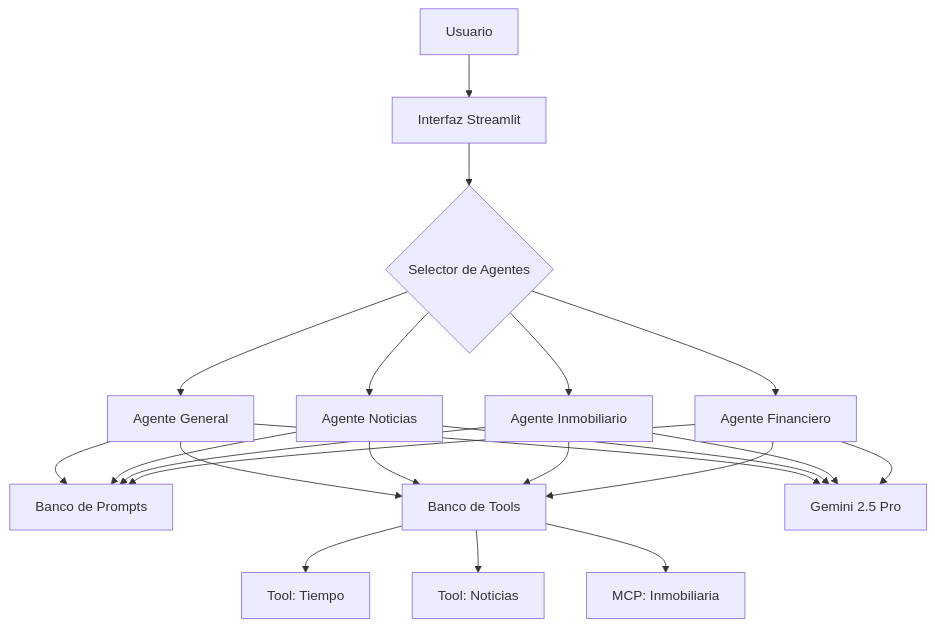
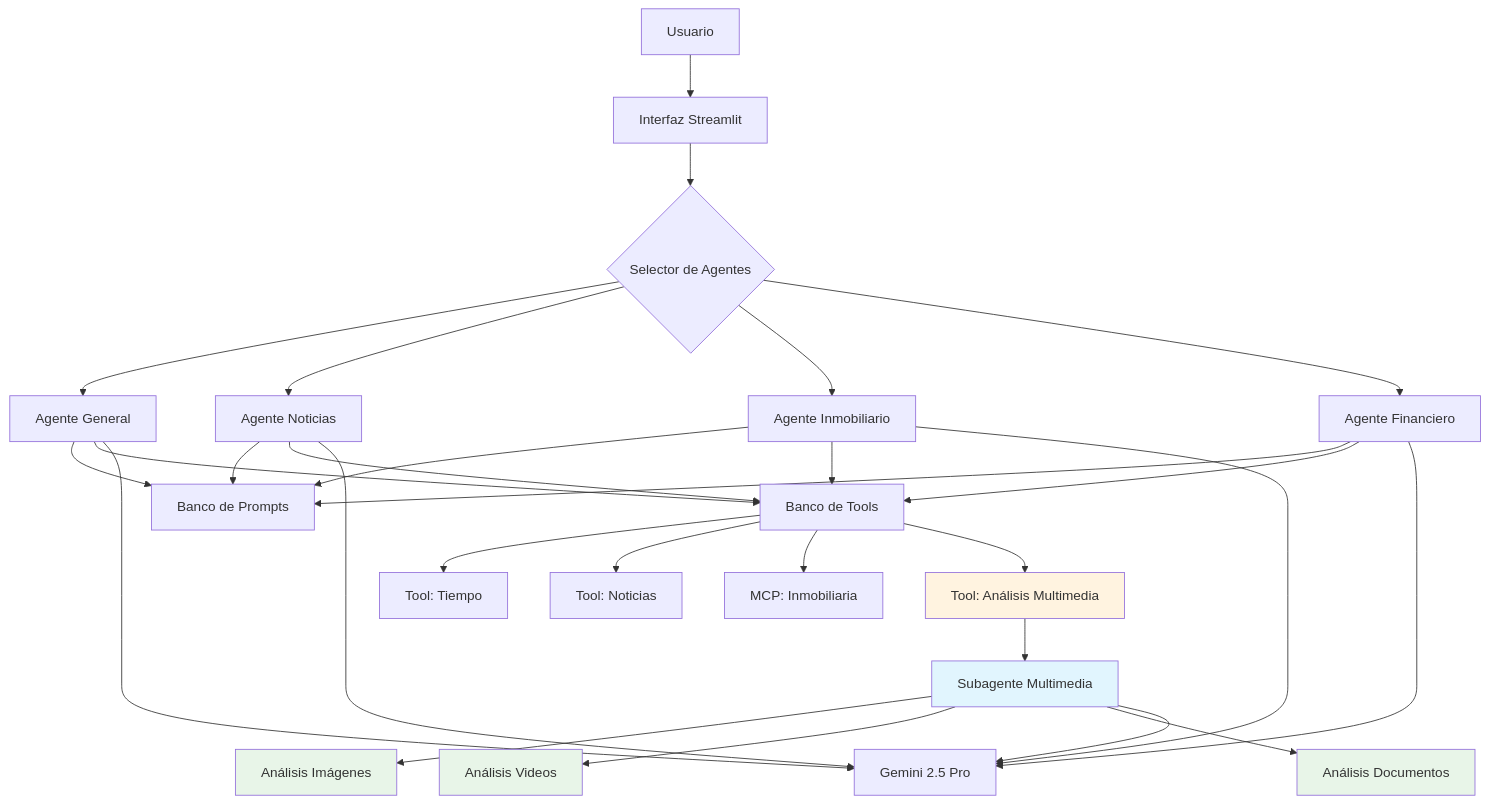
Before and after one commit to K31NER/Multi-AI-Agent: the first of 2 diagrams in README.md, drawn with Mermaid. The commit also changed other lines of this file and 12 other files, not shown here.

````diff
--- a/README.md
+++ b/README.md
@@ -28,29 +28,42 @@
 ```mermaid
 graph TD
     A[Usuario] --> B[Interfaz Streamlit]
     B --> C{Selector de Agentes}
     
     C --> D[Agente General]
     C --> E[Agente Noticias]
     C --> F[Agente Inmobiliario]
     C --> G[Agente Financiero]
     
     D --> H[Banco de Prompts]
     E --> H
     F --> H
     G --> H
     
     D --> I[Banco de Tools]
     E --> I
     F --> I
     G --> I
     
     I --> J[Tool: Tiempo]
     I --> K[Tool: Noticias]
     I --> L[MCP: Inmobiliaria]
+    I --> M[Tool: Análisis Multimedia]
     
-    D --> M[Gemini 2.5 Pro]
-    E --> M
-    F --> M
-    G --> M
+    M --> N[Subagente Multimedia]
+    N --> O[Análisis Imágenes]
+    N --> P[Análisis Videos]
+    N --> Q[Análisis Documentos]
+    
+    D --> R[Gemini 2.5 Pro]
+    E --> R
+    F --> R
+    G --> R
+    N --> R
+    
+    style N fill:#e1f5fe
+    style M fill:#fff3e0
+    style O fill:#e8f5e8
+    style P fill:#e8f5e8
+    style Q fill:#e8f5e8
 ```
````
